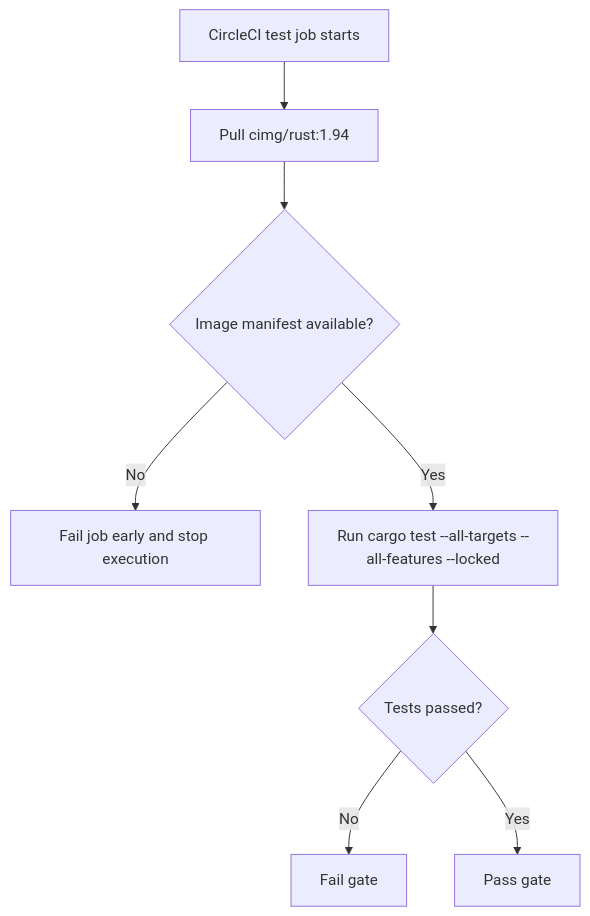
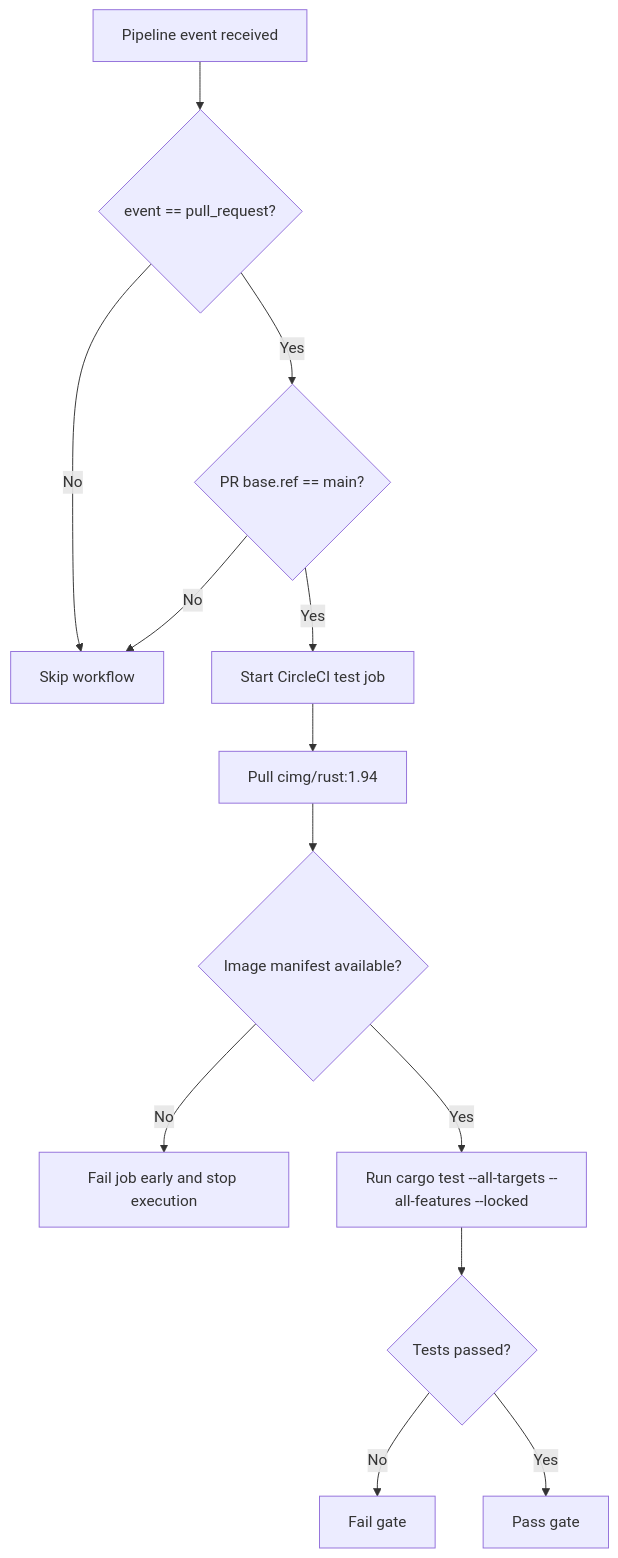
Before and after one commit to vivekvedant/prune-guard: the second of 2 diagrams in flowcharts/phase-4-pr-test-gate.md, drawn with Mermaid. The commit also changed other lines of this file and 3 other files, not shown here.

Commit message:
fix(ci): run CircleCI only for pull requests to main

````diff
--- a/flowcharts/phase-4-pr-test-gate.md
+++ b/flowcharts/phase-4-pr-test-gate.md
@@ -27,10 +27,15 @@
 ```mermaid
 flowchart TD
-    A[CircleCI test job starts] --> B[Pull cimg/rust:1.94]
-    B --> C{Image manifest available?}
-    C -- No --> D[Fail job early and stop execution]
-    C -- Yes --> E[Run cargo test --all-targets --all-features --locked]
-    E --> F{Tests passed?}
-    F -- No --> G[Fail gate]
-    F -- Yes --> H[Pass gate]
+    A[Pipeline event received] --> B{event == pull_request?}
+    B -- No --> C[Skip workflow]
+    B -- Yes --> D{PR base.ref == main?}
+    D -- No --> C
+    D -- Yes --> E[Start CircleCI test job]
+    E --> F[Pull cimg/rust:1.94]
+    F --> G{Image manifest available?}
+    G -- No --> H[Fail job early and stop execution]
+    G -- Yes --> I[Run cargo test --all-targets --all-features --locked]
+    I --> J{Tests passed?}
+    J -- No --> K[Fail gate]
+    J -- Yes --> L[Pass gate]
 ```
````
